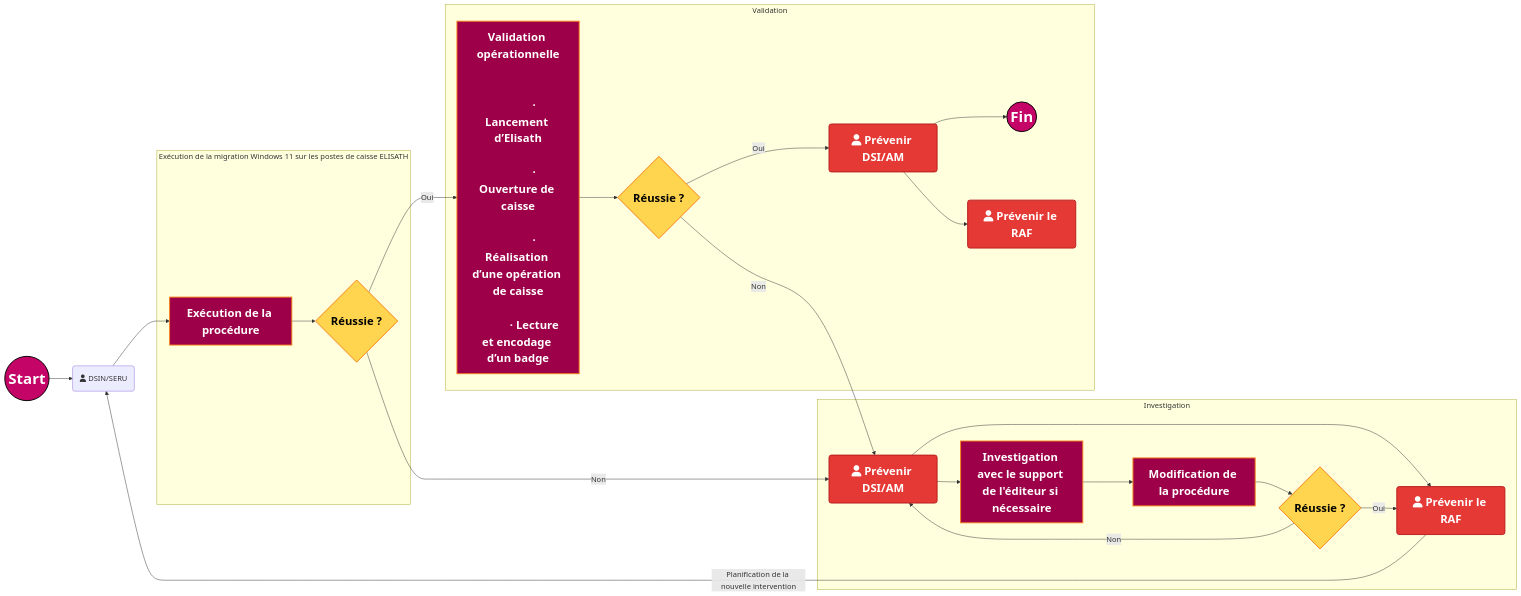
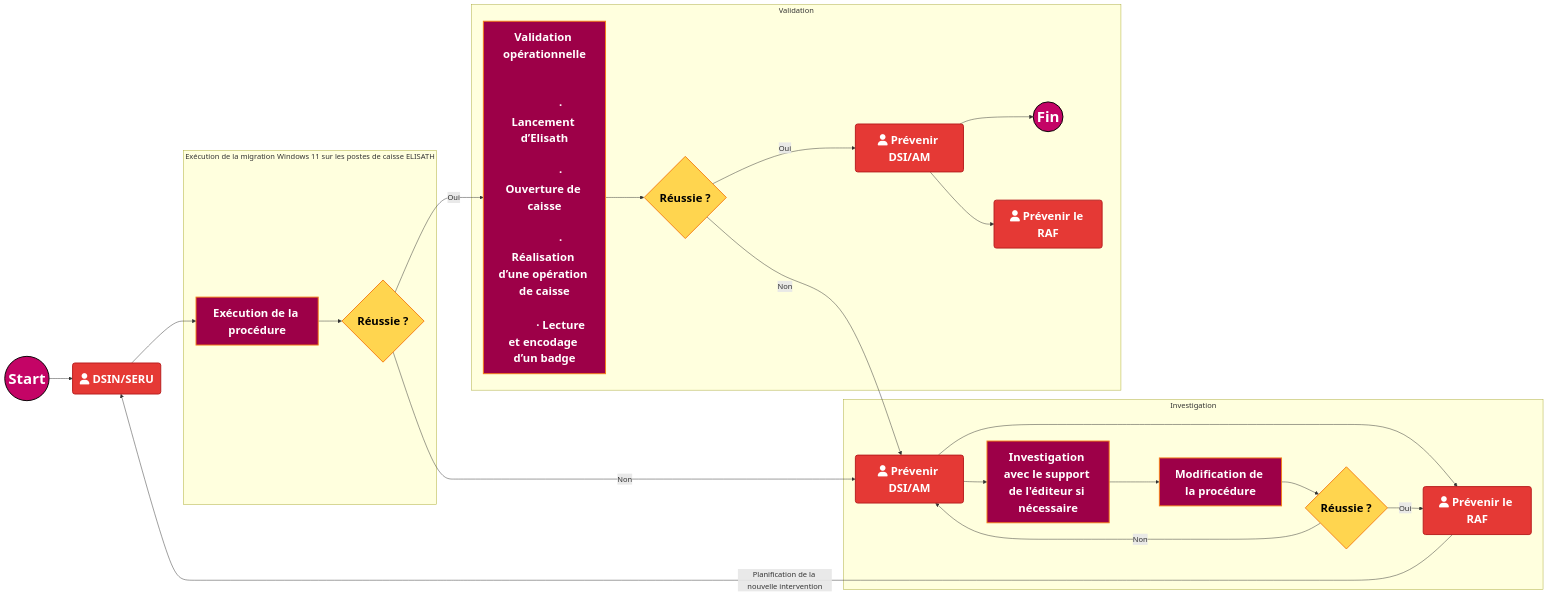
The diagram in all/Flux de validation.md (fdadda/iodraw-files), drawn with Mermaid before and after one commit.

Commit message:
2026-05-12 11:53:03 update

````diff
--- a/all/Flux de validation.md
+++ b/all/Flux de validation.md
@@ -1,61 +1,61 @@
 ```mermaid
 flowchart LR
 
     start((Start)) --> A
     A(fa:fa-user DSIN/SERU) --> B[Exécution de la procédure]
 
     subgraph Exécution de la migration Windows 11 sur les postes de caisse ELISATH
         B --> C{Réussie ?}
     end
 
     subgraph Validation
         C -->|Oui| D["Validation opérationnelle<br/><br/>
             · Lancement d’Elisath<br/>
             · Ouverture de caisse<br/>
             · Réalisation d’une opération de caisse<br/>
             · Lecture et encodage d’un badge"]
 
         D --> Val{Réussie ?}
 
         Val -->|Oui| PrevDSI(fa:fa-user Prévenir DSI/AM)
        
         PrevDSI --> fin((Fin))
         PrevDSI  --> PrevRAF(fa:fa-user Prévenir le RAF)
     end
     Val --> |Non| E
     subgraph Investigation
         C -->|Non| E(fa:fa-user Prévenir DSI/AM)
         E --> F(fa:fa-user Prévenir le RAF)
         E --> G[Investigation avec le support de l'éditeur si nécessaire]
         G --> H[Modification de la procédure]
         H --> I{Réussie ?}
         I -->|Oui| F
         I -->|Non| E
     end
 
     F -->|Planification de la nouvelle intervention| A
 
     %% --- STYLES ---
     classDef StartEndPoint fill:#c40466,stroke:#000,color:#fff,stroke-width:2px,font-size:32px,font-weight:bold;
     classDef Decision      fill:#ffd54f,stroke:#f57f17,color:#000,stroke-width:2px,font-size:24px,font-weight:bold;
     classDef Action      fill:#9d0048,stroke:#f57f17,color:#fff,stroke-width:2px,font-size:24px,font-weight:bold;
     classDef Error         fill:#e53935,stroke:#b71c1c,color:#fff,stroke-width:2px,font-size:24px,font-weight:bold;
 
     %% --- AFFECTATION DES CLASSES ---
     class start,fin StartEndPoint;
     class C,I,Val Decision;
-    class E,F,PrevDSI,PrevRAF Error;
+    class A,E,F,PrevDSI,PrevRAF Error;
     class B,D,G,H Action;
     %% --- “CEINTURE + BRETELLES” (force le style sur les 2 nœuds) ---
     %%style start font-size:32px,font-weight:bold
     %%style fin   font-size:32px,font-weight:bold
 
     %% --- Codes couleur (commentaires) ---
     %% Bleu marine #000080
     %% Midnight blue #191970
     %% Bleu foncé intense #080F70
     %% Bleu foncé moderne #111184
     %% Orange #ffd54f
     %% Rouge #e53935
     %% Rose CAPI #c40466
 ```
````
